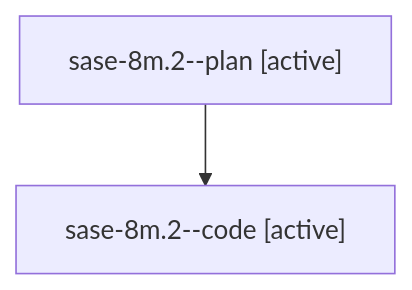
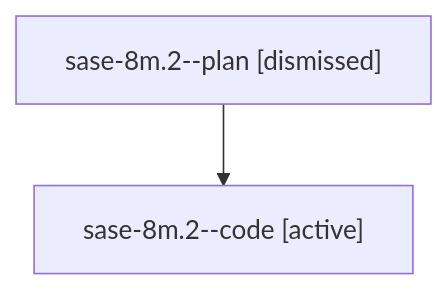
Before and after one commit to sase-org/sase--agents: the diagram in sessions/bbugyi200.athena.sase-8m.2.md, drawn with Mermaid. The commit also changed other lines of this file and 79 other files, not shown here.

````diff
--- a/sessions/bbugyi200.athena.sase-8m.2.md
+++ b/sessions/bbugyi200.athena.sase-8m.2.md
@@ -9,6 +9,6 @@
 ```mermaid
 flowchart TD
-  n0["sase-8m.2--plan [active]"]
+  n0["sase-8m.2--plan [dismissed]"]
   n1["sase-8m.2--code [active]"]
   n0 --> n1
 ```
````
